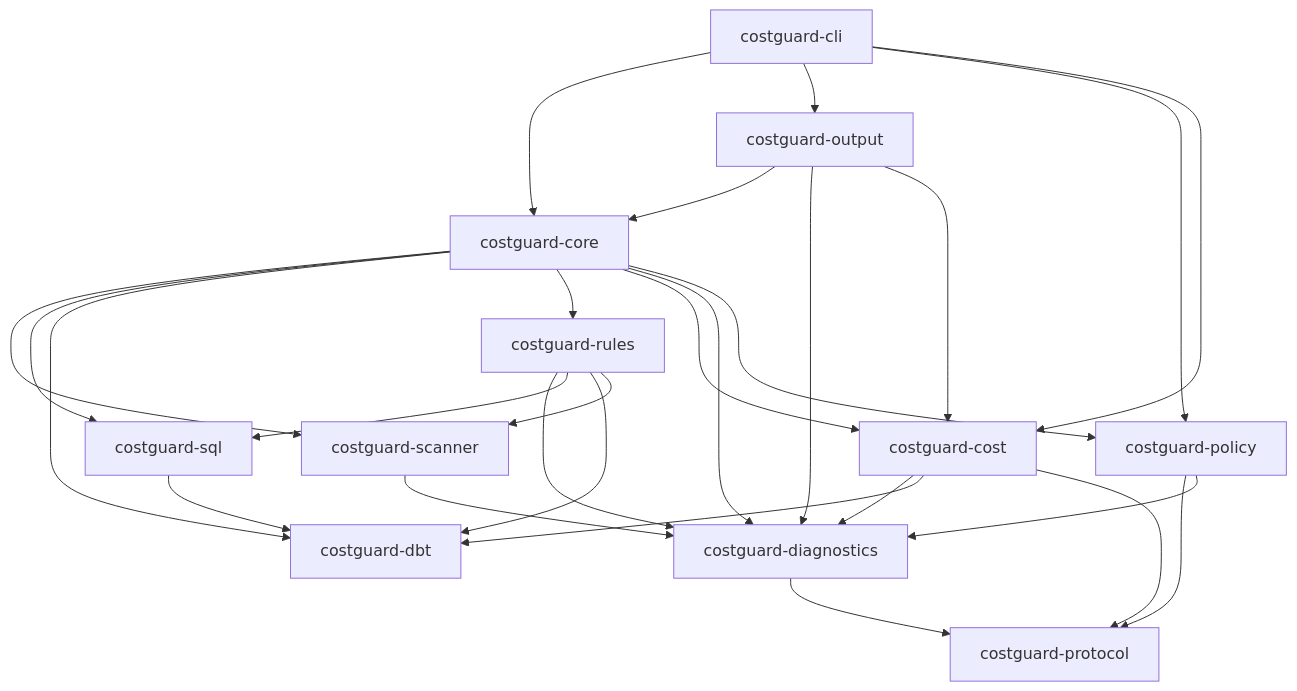
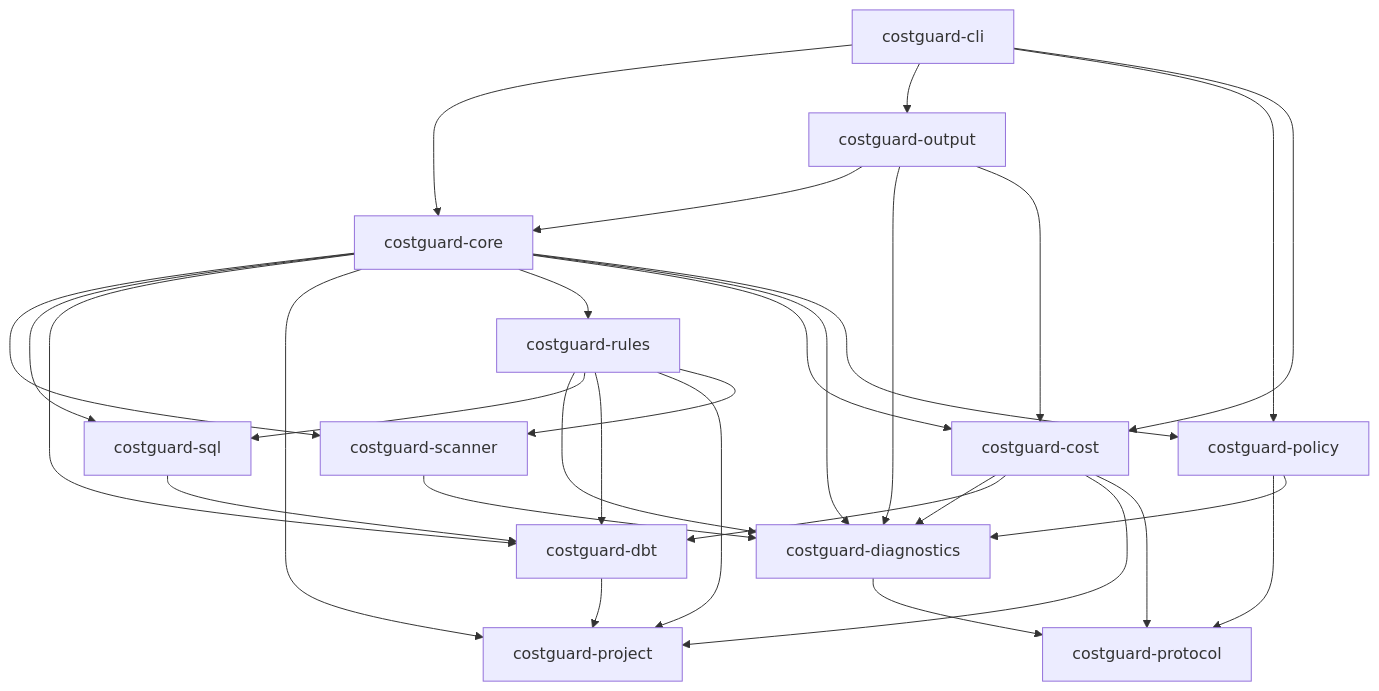
The first of 2 diagrams in docs/book/contributing/architecture.md (hypertrial/costguard), drawn with Mermaid before and after one commit. The commit also changed other lines of this file and 66 other files, not shown here.

````diff
--- a/docs/book/contributing/architecture.md
+++ b/docs/book/contributing/architecture.md
@@ -7,29 +7,33 @@
 ```mermaid
 graph TD
   cli[costguard-cli] --> core[costguard-core]
   cli --> output[costguard-output]
   cli --> policy[costguard-policy]
   cli --> cost[costguard-cost]
   core --> scanner[costguard-scanner]
   core --> sql[costguard-sql]
   core --> dbt[costguard-dbt]
+  core --> project[costguard-project]
   core --> rules[costguard-rules]
   core --> cost
   core --> diagnostics[costguard-diagnostics]
   core --> policy
   rules --> diagnostics
   rules --> sql
   rules --> dbt
+  rules --> project
   rules --> scanner
   sql --> dbt
   output --> core
   output --> diagnostics
   output --> cost
   policy --> protocol[costguard-protocol]
   policy --> diagnostics
   diagnostics --> protocol
   cost --> diagnostics
   cost --> dbt
+  cost --> project
   cost --> protocol
   scanner --> diagnostics
+  dbt --> project
 ```
````
